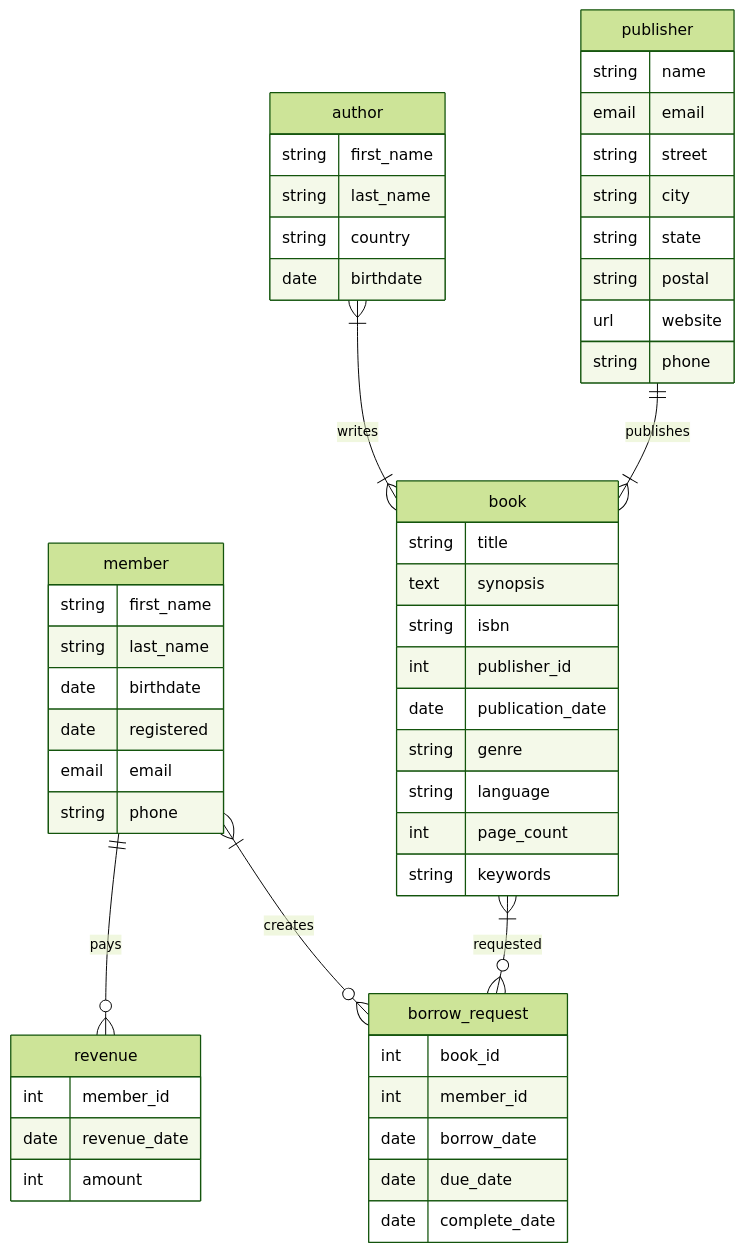
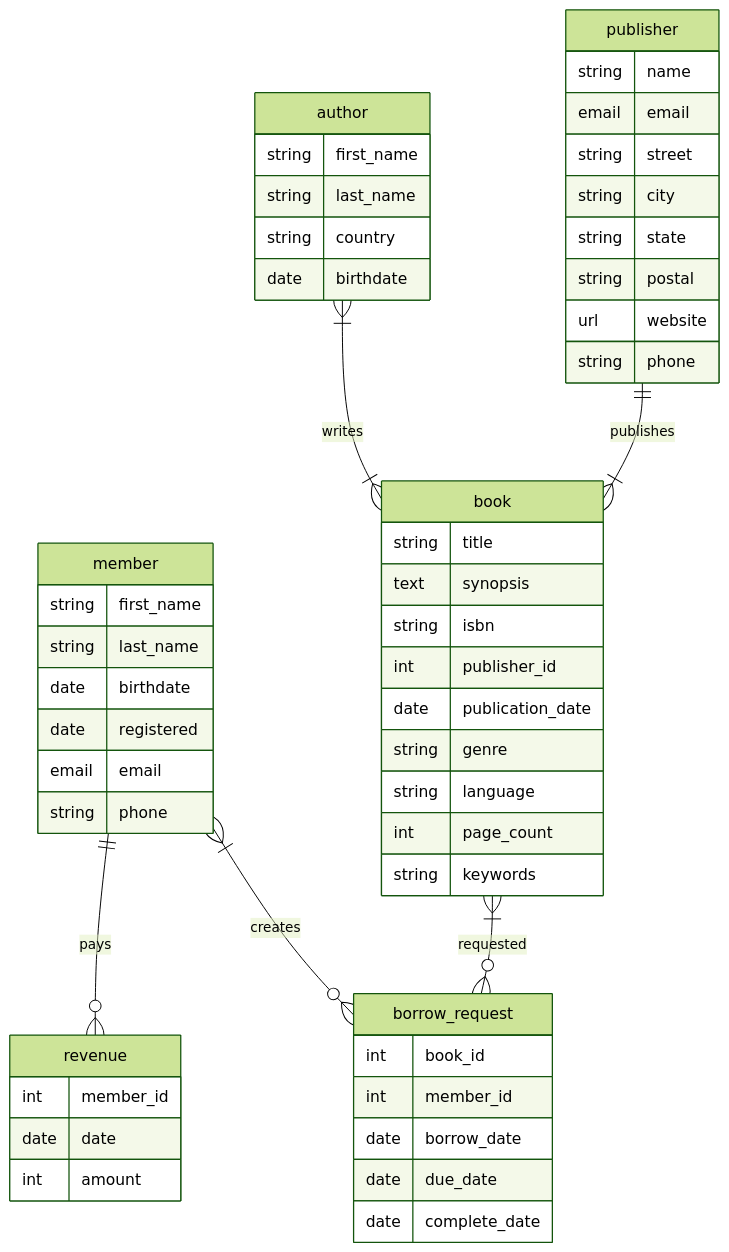
Before and after one commit to edu-python-course/libms-db: the diagram in README.md, drawn with Mermaid (forest theme). The commit also changed 1 other file, not shown here.

Commit message:
Apply refactoring for DDL queries

````diff
--- a/README.md
+++ b/README.md
@@ -132,61 +132,61 @@
 ```mermaid
 erDiagram
     member ||--o{ revenue: pays
     member }|--o{ borrow_request: creates
     book }|--o{ borrow_request: requested
     author }|--|{ book: writes
     publisher ||--|{ book: publishes
 
     member {
         string first_name
         string last_name
         date birthdate
         date registered
         email email
         string phone
     }
 
     book {
         string title
         text synopsis
         string isbn
         int publisher_id
         date publication_date
         string genre
         string language
         int page_count
         string keywords
     }
 
     author {
         string first_name
         string last_name
         string country
         date birthdate
     }
 
     publisher {
         string name
         email email
         string street
         string city
         string state
         string postal
         url website
         string phone
     }
 
     revenue {
         int member_id
-        date revenue_date
+        date date
         int amount
     }
 
     borrow_request {
         int book_id
         int member_id
         date borrow_date
         date due_date
         date complete_date
     }
 ```
````
